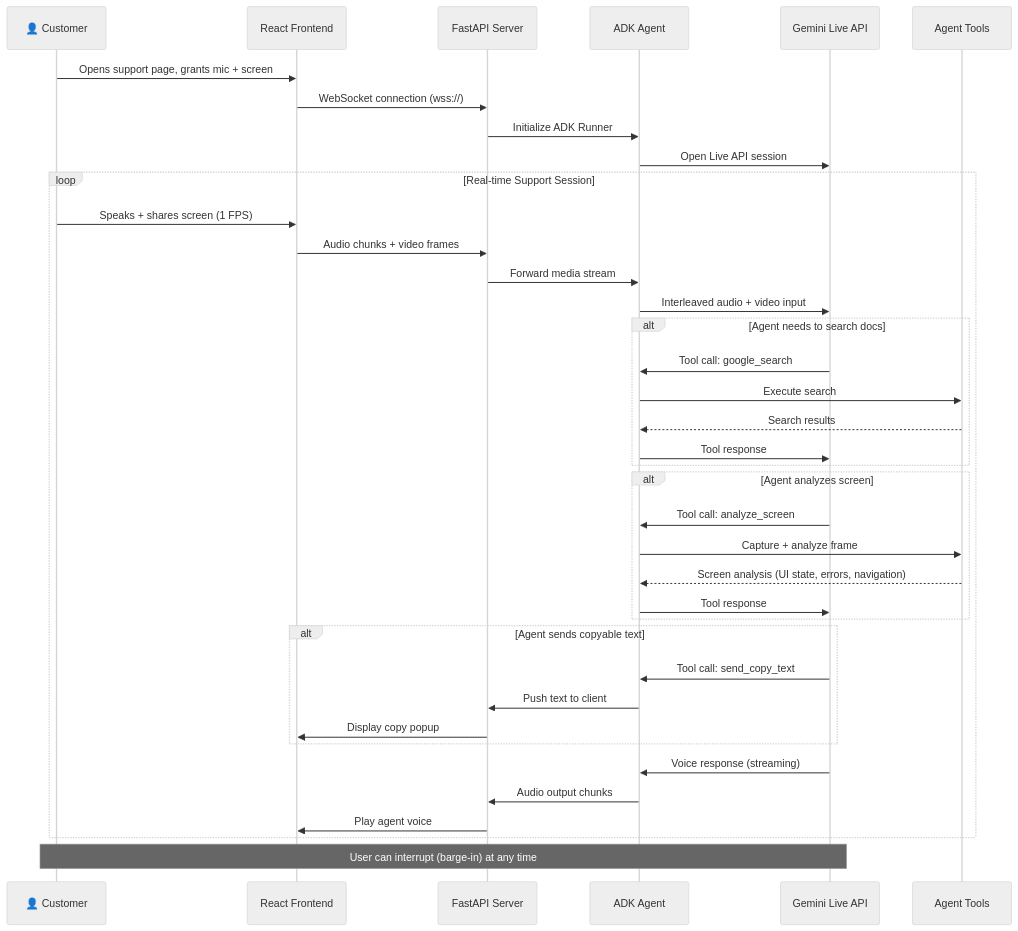
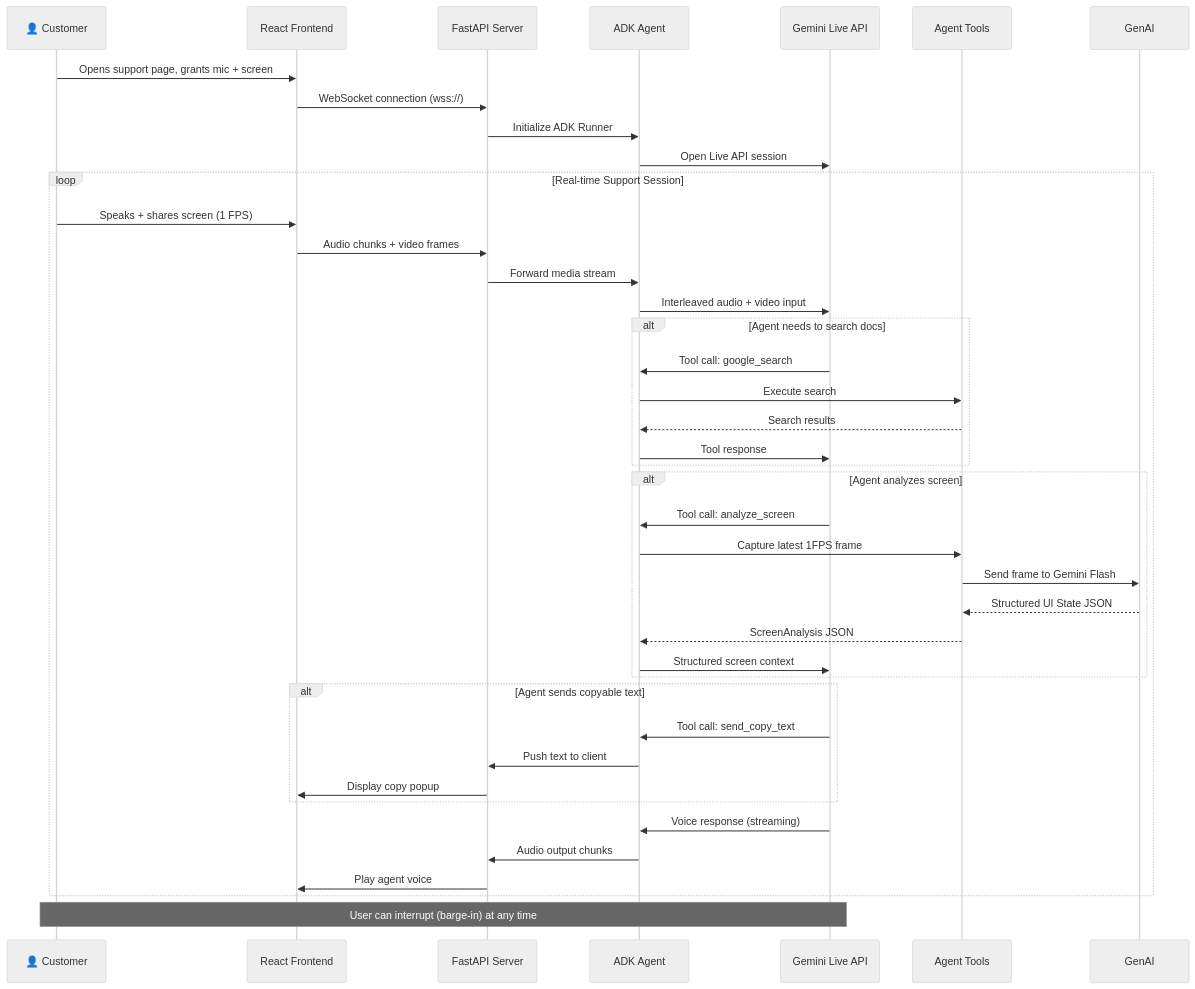
The second of 2 diagrams in README.md (kywthiha/support-pilot), drawn with Mermaid (neutral theme) before and after one commit. The commit also changed other lines of this file and 1 other file, not shown here.

First line of the commit message:
docs: clarify active screen analysis architecture

````diff
--- a/README.md
+++ b/README.md
@@ -284,47 +284,49 @@
 ```mermaid
 sequenceDiagram
     participant User as 👤 Customer
     participant UI as React Frontend
     participant WS as FastAPI Server
     participant ADK as ADK Agent
     participant Gemini as Gemini Live API
     participant Tools as Agent Tools
 
     User->>UI: Opens support page, grants mic + screen
     UI->>WS: WebSocket connection (wss://)
     WS->>ADK: Initialize ADK Runner
     ADK->>Gemini: Open Live API session
 
     loop Real-time Support Session
         User->>UI: Speaks + shares screen (1 FPS)
         UI->>WS: Audio chunks + video frames
         WS->>ADK: Forward media stream
         ADK->>Gemini: Interleaved audio + video input
 
         alt Agent needs to search docs
             Gemini->>ADK: Tool call: google_search
             ADK->>Tools: Execute search
             Tools-->>ADK: Search results
             ADK->>Gemini: Tool response
         end
 
         alt Agent analyzes screen
             Gemini->>ADK: Tool call: analyze_screen
-            ADK->>Tools: Capture + analyze frame
-            Tools-->>ADK: Screen analysis (UI state, errors, navigation)
-            ADK->>Gemini: Tool response
+            ADK->>Tools: Capture latest 1FPS frame
+            Tools->>GenAI: Send frame to Gemini Flash
+            GenAI-->>Tools: Structured UI State JSON
+            Tools-->>ADK: ScreenAnalysis JSON
+            ADK->>Gemini: Structured screen context
         end
 
         alt Agent sends copyable text
             Gemini->>ADK: Tool call: send_copy_text
             ADK->>WS: Push text to client
             WS->>UI: Display copy popup
         end
 
         Gemini->>ADK: Voice response (streaming)
         ADK->>WS: Audio output chunks
         WS->>UI: Play agent voice
     end
 
     Note over User, Gemini: User can interrupt (barge-in) at any time
 ```
````
